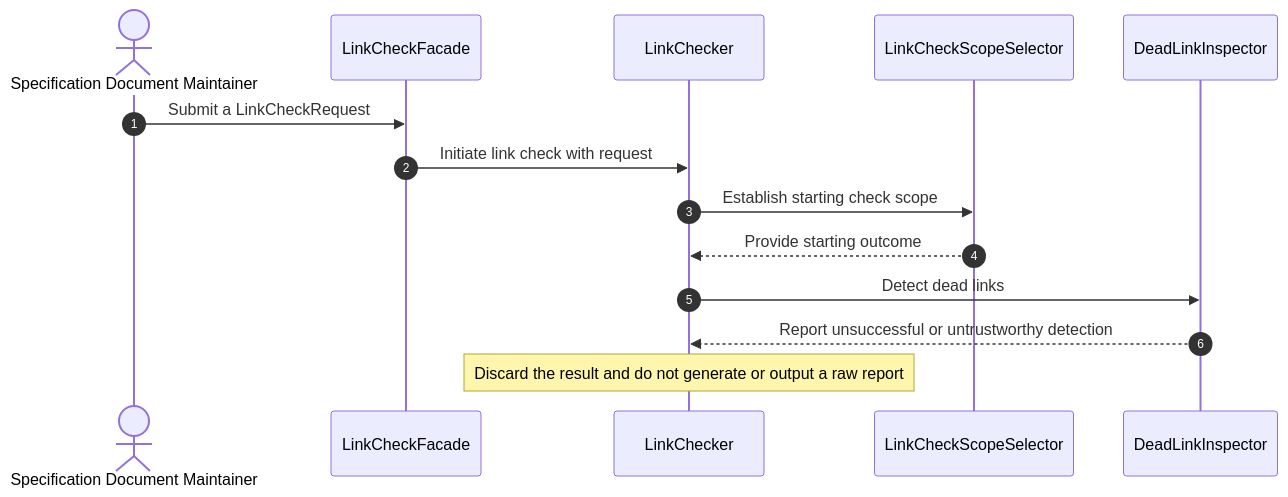
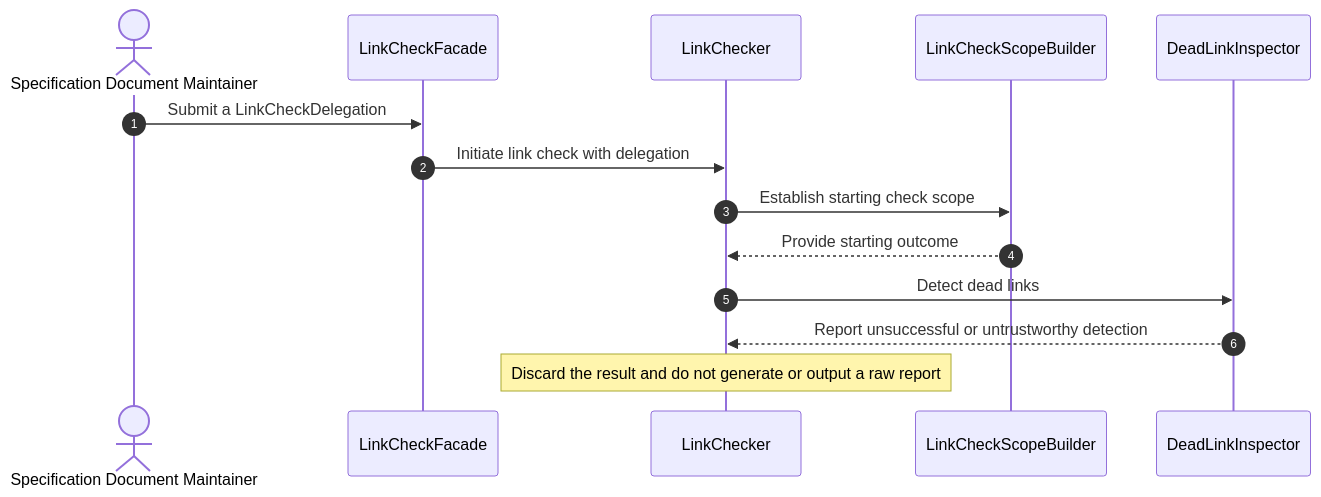
Before and after one commit to huang-xiao-jian/bluey: the fourth of 42 diagrams in specs/md-linkage/design.md, drawn with Mermaid. The commit also changed other lines of this file and 7 other files, not shown here.

Commit message:
docs(md-linkage): define delegation and scope builder

````diff
--- a/specs/md-linkage/design.md
+++ b/specs/md-linkage/design.md
@@ -334,17 +313,17 @@
 ```mermaid
 sequenceDiagram
     autonumber
     actor Maintainer as Specification Document Maintainer
     participant Submission as LinkCheckFacade
     participant Check as LinkChecker
-    participant Selection as LinkCheckScopeSelector
+    participant Selection as LinkCheckScopeBuilder
     participant Detection as DeadLinkInspector
 
-    Maintainer->>Submission: Submit a LinkCheckRequest
-    Submission->>Check: Initiate link check with request
+    Maintainer->>Submission: Submit a LinkCheckDelegation
+    Submission->>Check: Initiate link check with delegation
     Check->>Selection: Establish starting check scope
     Selection-->>Check: Provide starting outcome
     Check->>Detection: Detect dead links
     Detection-->>Check: Report unsuccessful or untrustworthy detection
     Note over Check: Discard the result and do not generate or output a raw report
 ```
````
